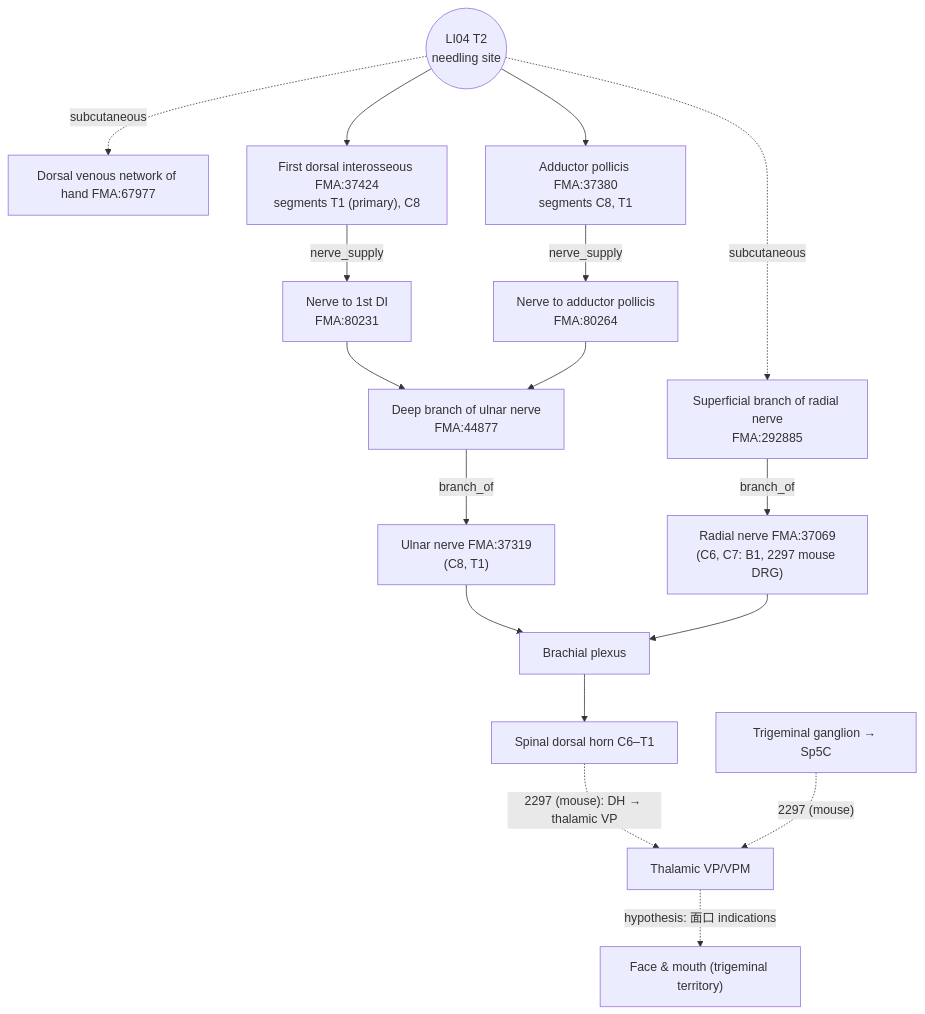
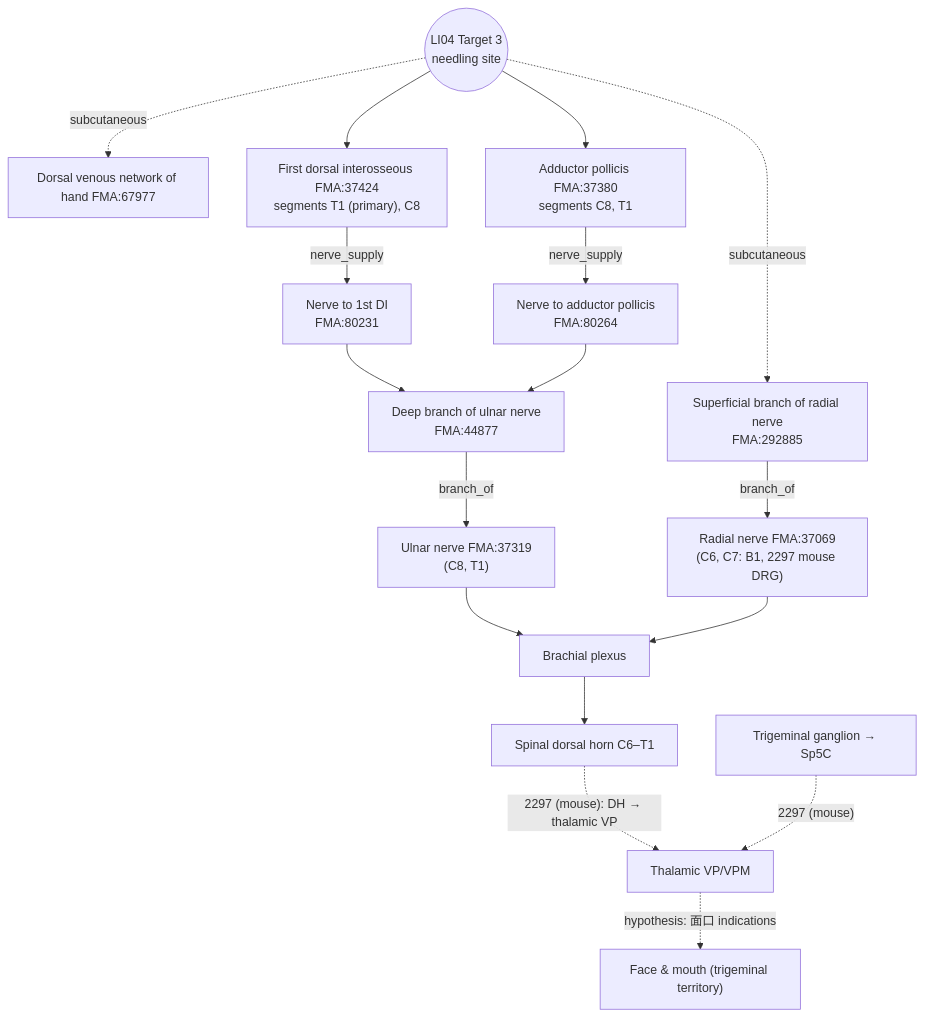
The diagram in 01_경혈별_해부생리_분석보고서/LI_수양명대장경/LI04_합곡/LI04_합곡_해부생리_실체판명_보고서_en.md (jaehyokim-sketch/acupoint_anatomy), drawn with Mermaid before and after one commit. The commit also changed other lines of this file and 60 other files, not shown here.

````diff
--- a/01_경혈별_해부생리_분석보고서/LI_수양명대장경/LI04_합곡/LI04_합곡_해부생리_실체판명_보고서_en.md
+++ b/01_경혈별_해부생리_분석보고서/LI_수양명대장경/LI04_합곡/LI04_합곡_해부생리_실체판명_보고서_en.md
@@ -192,17 +215,17 @@
 ```mermaid
 flowchart TB
-  P(("LI04 T2<br/>needling site")) -.subcutaneous.-> SRN["Superficial branch of radial nerve<br/>FMA:292885"]
+  P(("LI04 Target 3<br/>needling site")) -.subcutaneous.-> SRN["Superficial branch of radial nerve<br/>FMA:292885"]
   P -.subcutaneous.-> DVN["Dorsal venous network of hand FMA:67977"]
   P --> FDI["First dorsal interosseous FMA:37424<br/>segments T1 (primary), C8"]
   P --> ADP["Adductor pollicis FMA:37380<br/>segments C8, T1"]
   FDI -- nerve_supply --> N1["Nerve to 1st DI<br/>FMA:80231"] --> DUN["Deep branch of ulnar nerve<br/>FMA:44877"]
   ADP -- nerve_supply --> N2["Nerve to adductor pollicis<br/>FMA:80264"] --> DUN
   DUN -- branch_of --> UN["Ulnar nerve FMA:37319<br/>(C8, T1)"]
   SRN -- branch_of --> RN["Radial nerve FMA:37069<br/>(C6, C7: B1, 2297 mouse DRG)"]
   UN --> BP["Brachial plexus"]
   RN --> BP
   BP --> DH["Spinal dorsal horn C6–T1"]
   DH -. "2297 (mouse): DH → thalamic VP" .-> VP["Thalamic VP/VPM"]
   TG["Trigeminal ganglion → Sp5C"] -. "2297 (mouse)" .-> VP
   VP -. "hypothesis: 面口 indications" .-> FACE["Face & mouth (trigeminal territory)"]
 ```
````
